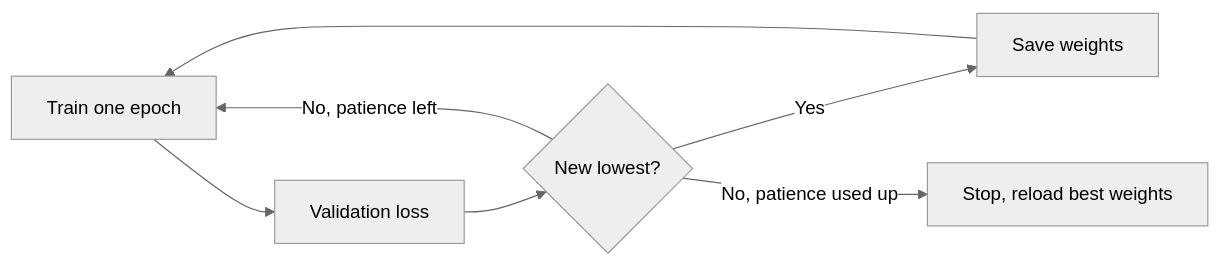
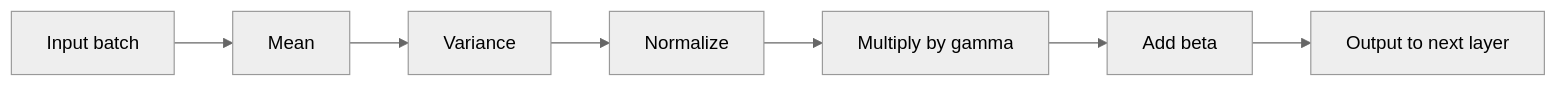
Before and after one commit to TrendySloth1001/sem-seven-notes: the diagram in content/deep-learning/pyq/2023-12/q3b.mdx, drawn with Mermaid (neutral theme). The commit also changed other lines of this file and 254 other files, not shown here.

````diff
--- a/content/deep-learning/pyq/2023-12/q3b.mdx
+++ b/content/deep-learning/pyq/2023-12/q3b.mdx
@@ -19,10 +13,10 @@
 ```mermaid
-%% caption: Early stopping keeps the weights from the epoch with the lowest validation loss.
+%% caption: The steps of batch normalization for one batch.
 flowchart LR
-  A["Train one epoch"] --> B["Validation loss"]
-  B --> C{"New lowest?"}
-  C -- "Yes" --> D["Save weights"]
-  D --> A
-  C -- "No, patience used up" --> E["Stop, reload best weights"]
-  C -- "No, patience left" --> A
+  A["Input batch"] --> B["Mean"]
+  B --> C["Variance"]
+  C --> D["Normalize"]
+  D --> E["Multiply by gamma"]
+  E --> F["Add beta"]
+  F --> G["Output to next layer"]
 ```
````
